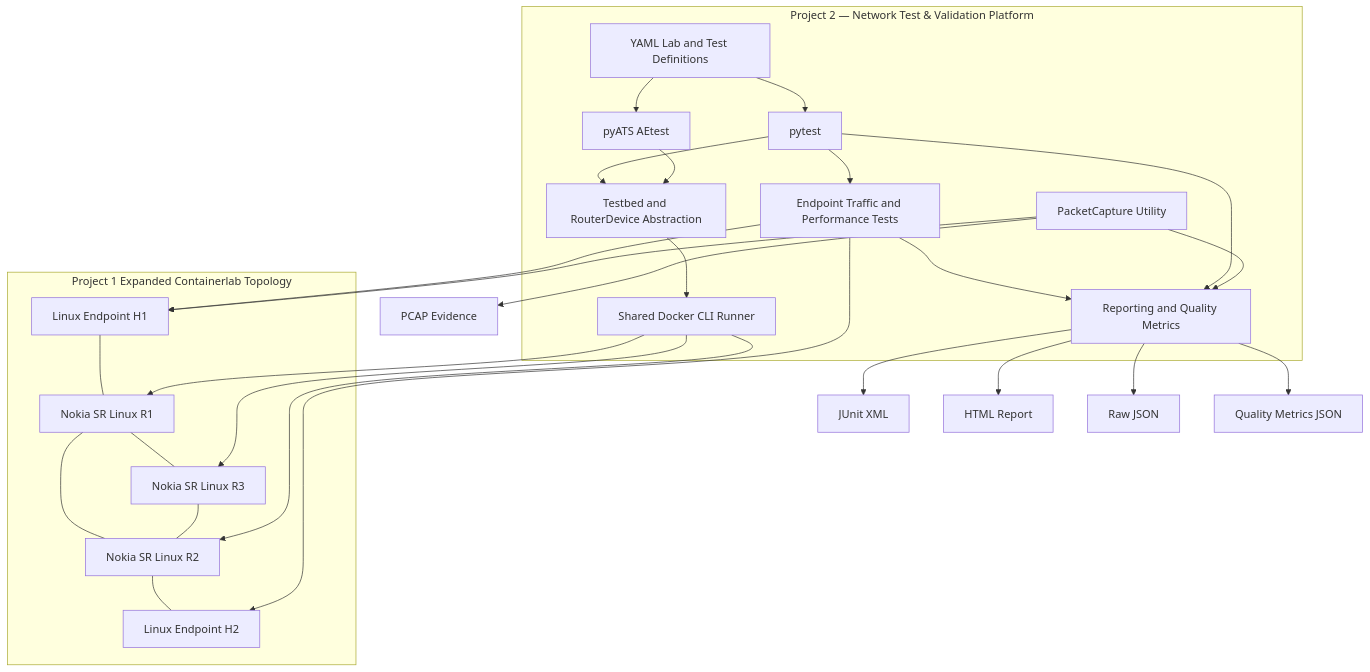
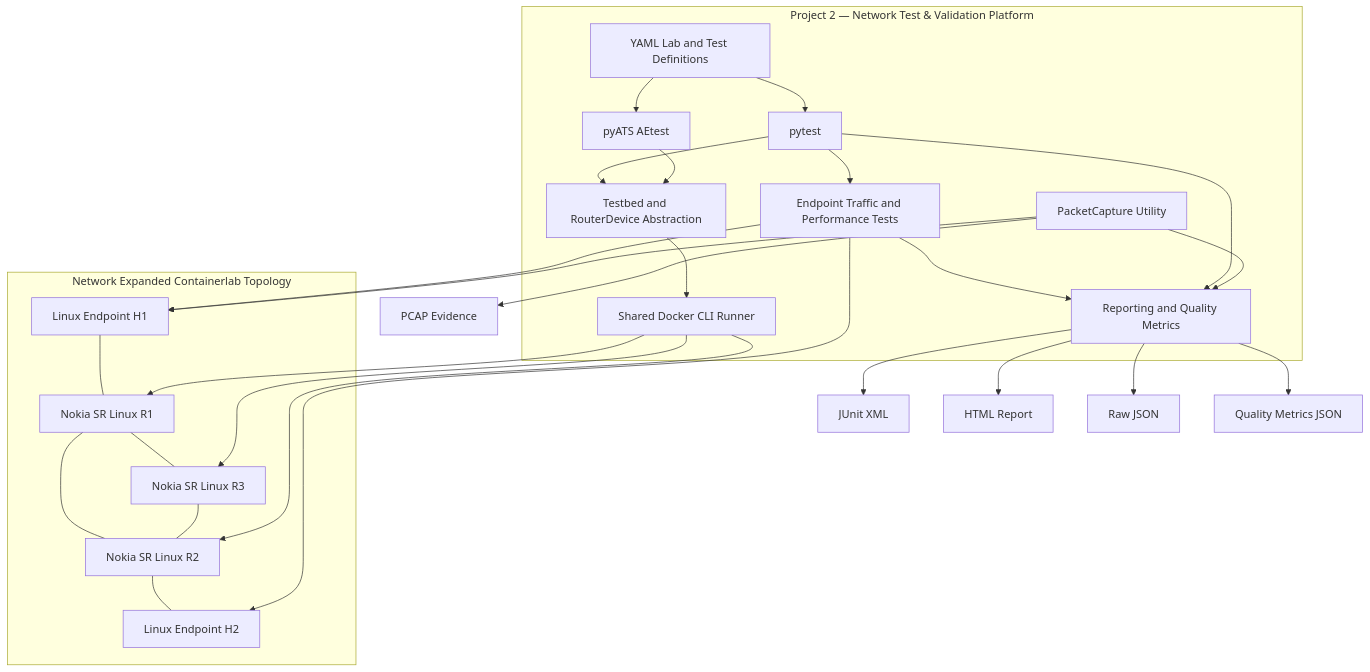
The diagram in docs/architecture.md (kapiliyer10/network-test-validation-platform), drawn with Mermaid before and after one commit. The commit also changed other lines of this file, not shown here.

Commit message:
Update project references in architecture documentation

````diff
--- a/docs/architecture.md
+++ b/docs/architecture.md
@@ -19,51 +19,51 @@
 ```mermaid
 flowchart TB
     subgraph P2["Project 2 — Network Test & Validation Platform"]
         CONFIG["YAML Lab and Test Definitions"]
         PYTEST["pytest"]
         AETEST["pyATS AEtest"]
         TESTBED["Testbed and RouterDevice Abstraction"]
         CLI["Shared Docker CLI Runner"]
         TRAFFIC["Endpoint Traffic and Performance Tests"]
         CAPTURE["PacketCapture Utility"]
         REPORT["Reporting and Quality Metrics"]
 
         CONFIG --> PYTEST
         CONFIG --> AETEST
         PYTEST --> TESTBED
         AETEST --> TESTBED
         TESTBED --> CLI
         PYTEST --> TRAFFIC
         TRAFFIC --> REPORT
         PYTEST --> REPORT
         CAPTURE --> REPORT
     end
 
-    subgraph LAB["Project 1 Expanded Containerlab Topology"]
+    subgraph LAB["Network Expanded Containerlab Topology"]
         R1["Nokia SR Linux R1"]
         R2["Nokia SR Linux R2"]
         R3["Nokia SR Linux R3"]
         H1["Linux Endpoint H1"]
         H2["Linux Endpoint H2"]
 
         H1 --- R1
         R1 --- R2
         R1 --- R3
         R3 --- R2
         R2 --- H2
     end
 
     CLI --> R1
     CLI --> R2
     CLI --> R3
 
     TRAFFIC --> H1
     TRAFFIC --> H2
     CAPTURE --> H1
 
     REPORT --> XML["JUnit XML"]
     REPORT --> HTML["HTML Report"]
     REPORT --> JSON["Raw JSON"]
     REPORT --> METRICS["Quality Metrics JSON"]
     CAPTURE --> PCAP["PCAP Evidence"]
 ```
````
